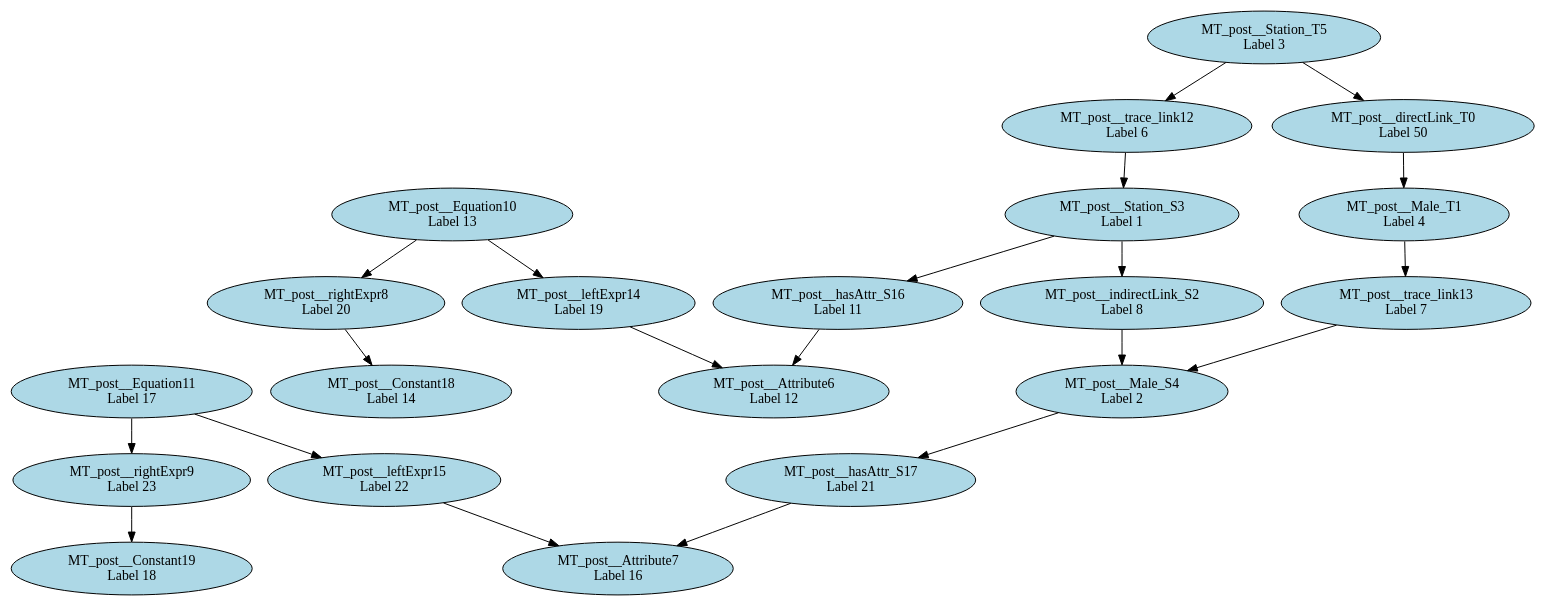
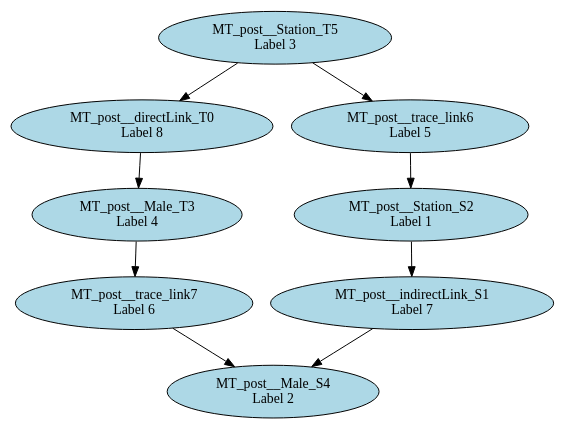
The diagram in dot/ruleCombinator_rewrite_HSM2SM_combine_1RHS.dot (levilucio/SyVOLT), drawn with Graphviz before and after one commit. The commit also changed 30 other files, not shown here.

```diff
--- a/dot/ruleCombinator_rewrite_HSM2SM_combine_1RHS.dot
+++ b/dot/ruleCombinator_rewrite_HSM2SM_combine_1RHS.dot
@@ -1,42 +1,18 @@
 digraph ruleCombinator_rewrite_HSM2SM_combine_1RHS {
-"MT_post__directLink_T0\n Label 50" [style=filled, fillcolor=lightblue];
-"MT_post__Male_T1\n Label 4" [style=filled, fillcolor=lightblue];
-"MT_post__indirectLink_S2\n Label 8" [style=filled, fillcolor=lightblue];
-"MT_post__Station_S3\n Label 1" [style=filled, fillcolor=lightblue];
+"MT_post__directLink_T0\n Label 8" [style=filled, fillcolor=lightblue];
+"MT_post__indirectLink_S1\n Label 7" [style=filled, fillcolor=lightblue];
+"MT_post__Station_S2\n Label 1" [style=filled, fillcolor=lightblue];
+"MT_post__Male_T3\n Label 4" [style=filled, fillcolor=lightblue];
 "MT_post__Male_S4\n Label 2" [style=filled, fillcolor=lightblue];
 "MT_post__Station_T5\n Label 3" [style=filled, fillcolor=lightblue];
-"MT_post__Attribute6\n Label 12" [style=filled, fillcolor=lightblue];
-"MT_post__Attribute7\n Label 16" [style=filled, fillcolor=lightblue];
-"MT_post__rightExpr8\n Label 20" [style=filled, fillcolor=lightblue];
-"MT_post__rightExpr9\n Label 23" [style=filled, fillcolor=lightblue];
-"MT_post__Equation10\n Label 13" [style=filled, fillcolor=lightblue];
-"MT_post__Equation11\n Label 17" [style=filled, fillcolor=lightblue];
-"MT_post__trace_link12\n Label 6" [style=filled, fillcolor=lightblue];
-"MT_post__trace_link13\n Label 7" [style=filled, fillcolor=lightblue];
-"MT_post__leftExpr14\n Label 19" [style=filled, fillcolor=lightblue];
-"MT_post__leftExpr15\n Label 22" [style=filled, fillcolor=lightblue];
-"MT_post__hasAttr_S16\n Label 11" [style=filled, fillcolor=lightblue];
-"MT_post__hasAttr_S17\n Label 21" [style=filled, fillcolor=lightblue];
-"MT_post__Constant18\n Label 14" [style=filled, fillcolor=lightblue];
-"MT_post__Constant19\n Label 18" [style=filled, fillcolor=lightblue];
-"MT_post__hasAttr_S16\n Label 11" -> "MT_post__Attribute6\n Label 12";
-"MT_post__leftExpr14\n Label 19" -> "MT_post__Attribute6\n Label 12";
-"MT_post__hasAttr_S17\n Label 21" -> "MT_post__Attribute7\n Label 16";
-"MT_post__leftExpr15\n Label 22" -> "MT_post__Attribute7\n Label 16";
-"MT_post__Station_T5\n Label 3" -> "MT_post__directLink_T0\n Label 50";
-"MT_post__directLink_T0\n Label 50" -> "MT_post__Male_T1\n Label 4";
-"MT_post__Male_T1\n Label 4" -> "MT_post__trace_link13\n Label 7";
-"MT_post__Equation10\n Label 13" -> "MT_post__rightExpr8\n Label 20";
-"MT_post__rightExpr8\n Label 20" -> "MT_post__Constant18\n Label 14";
-"MT_post__Equation11\n Label 17" -> "MT_post__rightExpr9\n Label 23";
-"MT_post__rightExpr9\n Label 23" -> "MT_post__Constant19\n Label 18";
-"MT_post__Equation10\n Label 13" -> "MT_post__leftExpr14\n Label 19";
-"MT_post__Equation11\n Label 17" -> "MT_post__leftExpr15\n Label 22";
-"MT_post__Station_T5\n Label 3" -> "MT_post__trace_link12\n Label 6";
-"MT_post__trace_link12\n Label 6" -> "MT_post__Station_S3\n Label 1";
-"MT_post__trace_link13\n Label 7" -> "MT_post__Male_S4\n Label 2";
-"MT_post__Station_S3\n Label 1" -> "MT_post__indirectLink_S2\n Label 8";
-"MT_post__indirectLink_S2\n Label 8" -> "MT_post__Male_S4\n Label 2";
-"MT_post__Station_S3\n Label 1" -> "MT_post__hasAttr_S16\n Label 11";
-"MT_post__Male_S4\n Label 2" -> "MT_post__hasAttr_S17\n Label 21";
+"MT_post__trace_link6\n Label 5" [style=filled, fillcolor=lightblue];
+"MT_post__trace_link7\n Label 6" [style=filled, fillcolor=lightblue];
+"MT_post__Station_T5\n Label 3" -> "MT_post__directLink_T0\n Label 8";
+"MT_post__directLink_T0\n Label 8" -> "MT_post__Male_T3\n Label 4";
+"MT_post__Station_T5\n Label 3" -> "MT_post__trace_link6\n Label 5";
+"MT_post__trace_link6\n Label 5" -> "MT_post__Station_S2\n Label 1";
+"MT_post__Male_T3\n Label 4" -> "MT_post__trace_link7\n Label 6";
+"MT_post__trace_link7\n Label 6" -> "MT_post__Male_S4\n Label 2";
+"MT_post__Station_S2\n Label 1" -> "MT_post__indirectLink_S1\n Label 7";
+"MT_post__indirectLink_S1\n Label 7" -> "MT_post__Male_S4\n Label 2";
 }
```
